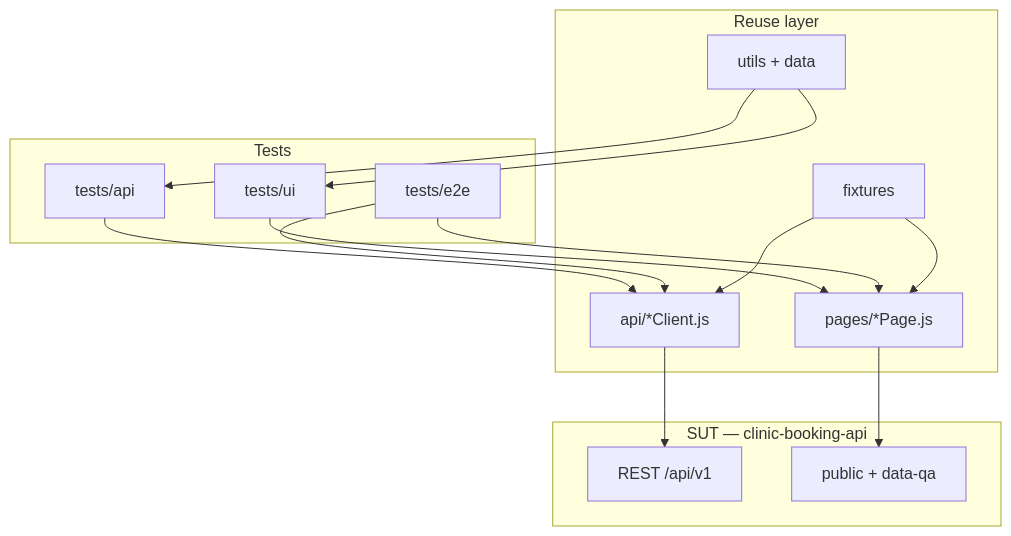
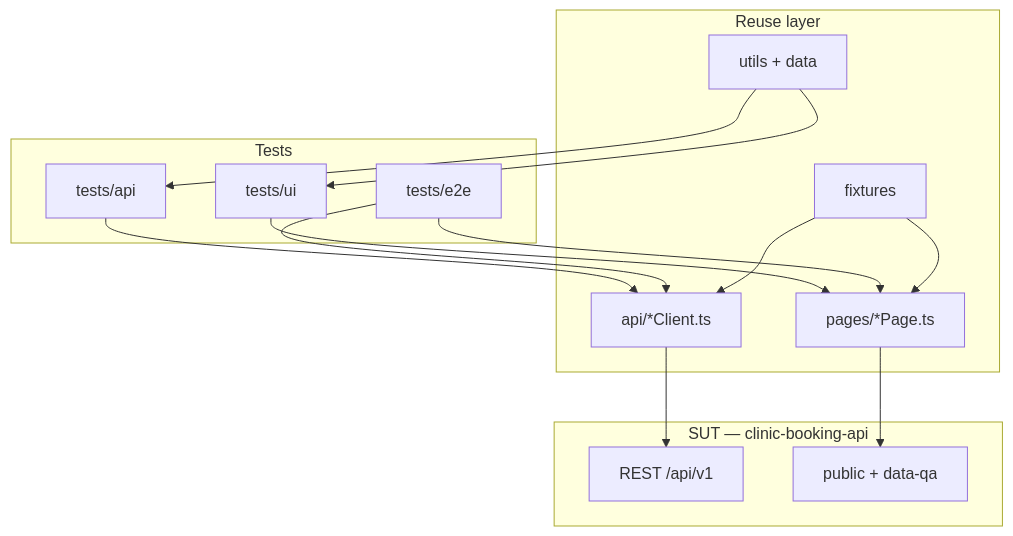
The diagram in README.md (Ariless/clinic-booking-api-tests), drawn with Mermaid before and after one commit. The commit also changed other lines of this file and 4 other files, not shown here.

````diff
--- a/README.md
+++ b/README.md
@@ -126,28 +135,28 @@
 ```mermaid
 flowchart TB
   subgraph T [Tests]
     A["tests/api"]
     U["tests/ui"]
     E["tests/e2e"]
   end
   subgraph F [Reuse layer]
-    C["api/*Client.js"]
-    P["pages/*Page.js"]
+    C["api/*Client.ts"]
+    P["pages/*Page.ts"]
     X["fixtures"]
     M["utils + data"]
   end
   subgraph S [SUT — clinic-booking-api]
     R["REST /api/v1"]
     H["public + data-qa"]
   end
   A --> C
   U --> P
   E --> C
   E --> P
   X --> C
   X --> P
   M --> A
   M --> U
   C --> R
   P --> H
 ```
````
